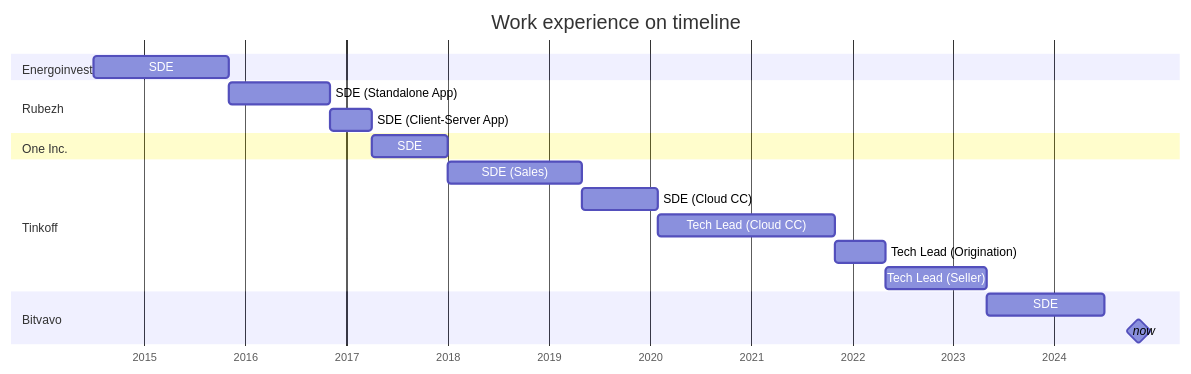
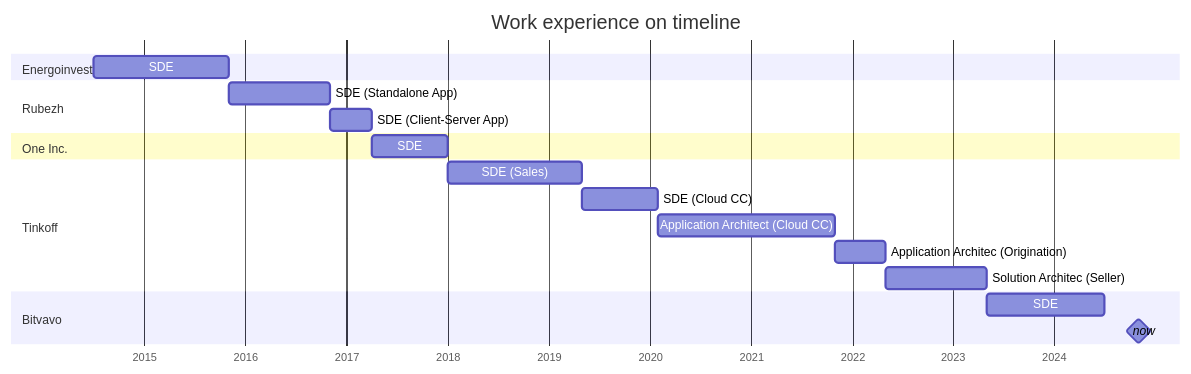
The diagram in cv.md (vladar107/vladar107), drawn with Mermaid before and after one commit. The commit also changed other lines of this file, not shown here.

````diff
--- a/cv.md
+++ b/cv.md
@@ -21,28 +18,28 @@
 ```mermaid
 gantt
     title Work experience on timeline
     dateFormat  YYYY-MM
     axisFormat  %Y
     todayMarker stroke-width:5px, opacity:0.75
     
     section Energoinvest
-    SDE                     :sd1, 2014-07, 2015-11
+    SDE                                 :sd1, 2014-07, 2015-11
     
     section Rubezh
-    SDE (Standalone App)    :sd2, after sd1, 2016-11
-    SDE (Client-Server App) :sd3, after sd2, 2017-04
+    SDE (Standalone App)                :sd2, after sd1, 2016-11
+    SDE (Client-Server App)             :sd3, after sd2, 2017-04
     
     section One Inc.
-    SDE                     :sd4, after sd3, 2018-01
+    SDE                                 :sd4, after sd3, 2018-01
     
     section Tinkoff
-    SDE (Sales)             :sd5, after sd4, 2019-05
-    SDE (Cloud CC)          :sd6, after sd5, 2020-02
-    Tech Lead (Cloud CC)    :tl1, after sd6, 2021-11
-    Tech Lead (Origination) :tl2, after tl1, 2022-05
-    Tech Lead (Seller)      :tl3, after tl2, 2023-05
+    SDE (Sales)                         :sd5, after sd4, 2019-05
+    SDE (Cloud CC)                      :sd6, after sd5, 2020-02
+    Application Architect (Cloud CC)    :tl1, after sd6, 2021-11
+    Application Architec (Origination)  :tl2, after tl1, 2022-05
+    Solution Architec (Seller)          :tl3, after tl2, 2023-05
 
     section Bitvavo
-    SDE                     :sd7, after tl3, 2024-07
-    now                     :milestone, 2024-11, 1s
+    SDE                                 :sd7, after tl3, 2024-07
+    now                                 :milestone, 2024-11, 1s
 ```
````
